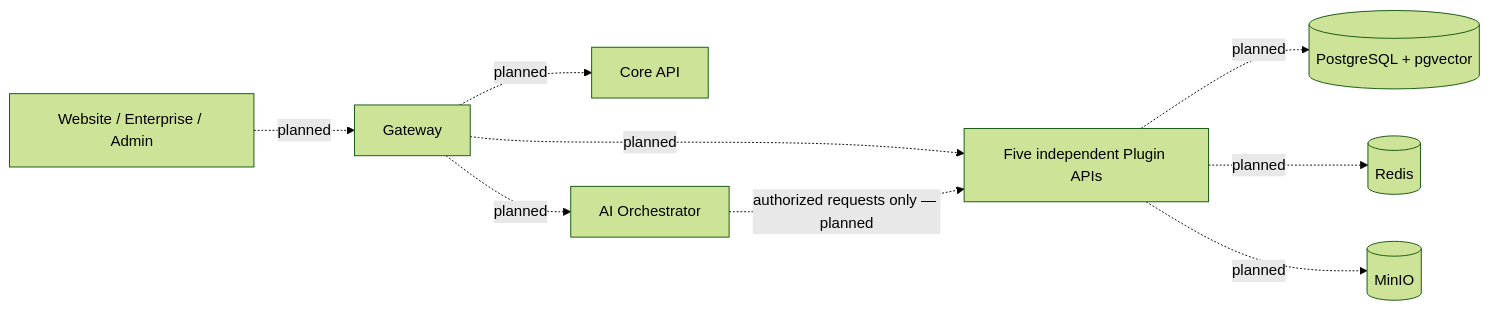
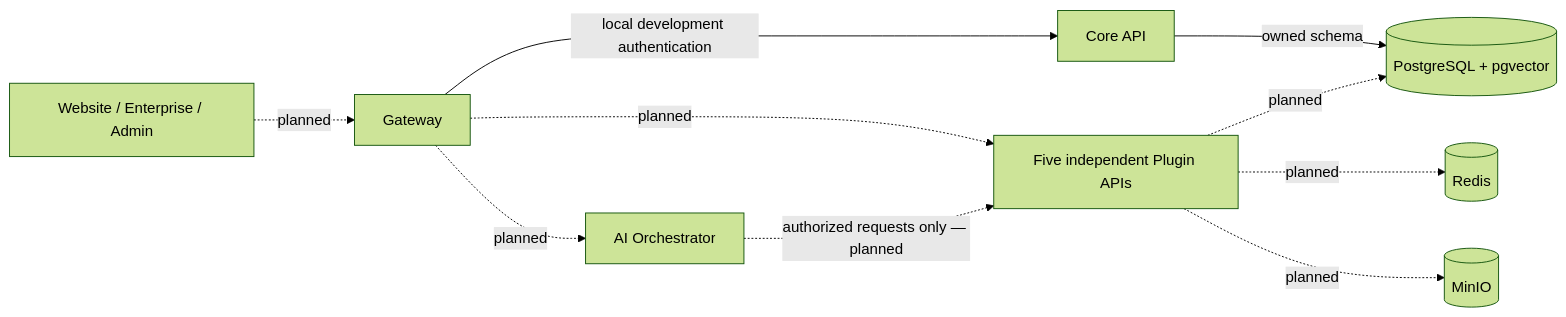
The diagram in README.md (AndrixNg1/amani.ia), drawn with Mermaid (forest theme) before and after one commit. The commit also changed other lines of this file and 31 other files, not shown here.

Commit message:
feat(gateway): secure platform routing and Core authorization integration

````diff
--- a/README.md
+++ b/README.md
@@ -21,11 +23,12 @@
 ```mermaid
 flowchart LR
     UI[Website / Enterprise / Admin] -. planned .-> Gateway
-    Gateway -. planned .-> Core[Core API]
+    Gateway -->|local development authentication| Core[Core API]
+    Core -->|owned schema| PG
     Gateway -. planned .-> AI[AI Orchestrator]
     Gateway -. planned .-> Plugins[Five independent Plugin APIs]
     AI -. authorized requests only — planned .-> Plugins
     Plugins -. planned .-> PG[(PostgreSQL + pgvector)]
     Plugins -. planned .-> Redis[(Redis)]
     Plugins -. planned .-> MinIO[(MinIO)]
 ```
````
